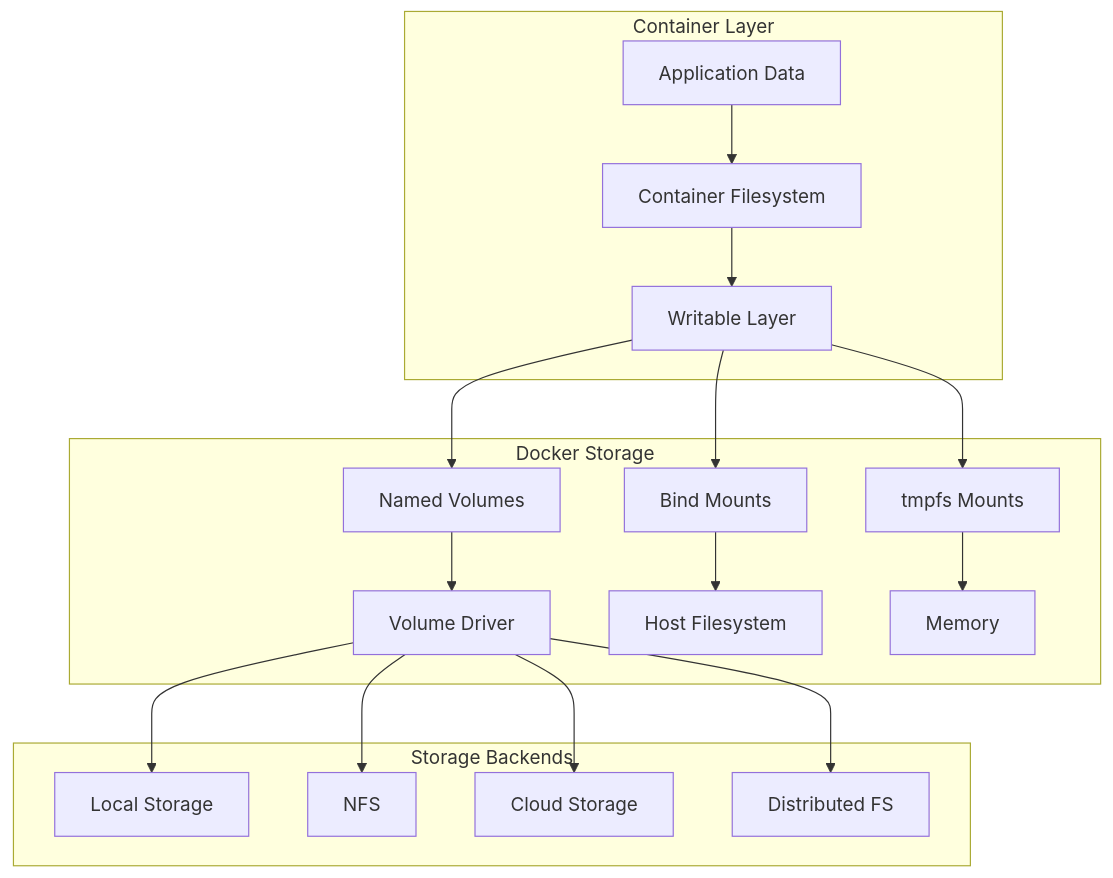
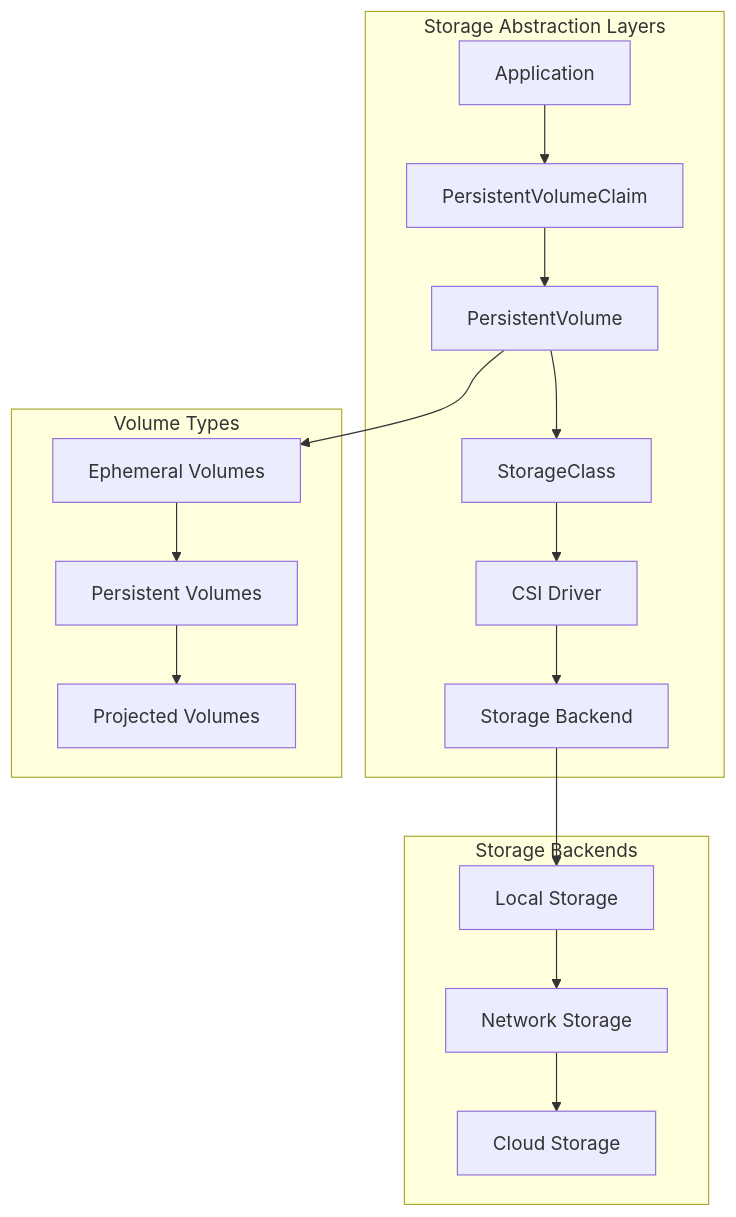
Before and after one commit to niceguy61/kdt_devops_lecture_2025: the first of 2 diagrams in week_02/day_03/session_05.md, drawn with Mermaid. The commit also changed other lines of this file and 41 other files, not shown here.

````diff
--- a/week_02/day_03/session_05.md
+++ b/week_02/day_03/session_05.md
@@ -15,24 +15,23 @@
 ```mermaid
 graph TB
-    subgraph "Container Layer"
-        A[Application Data] --> B[Container Filesystem]
-        B --> C[Writable Layer]
+    subgraph "Storage Abstraction Layers"
+        A[Application] --> B[PersistentVolumeClaim]
+        B --> C[PersistentVolume]
+        C --> D[StorageClass]
+        D --> E[CSI Driver]
+        E --> F[Storage Backend]
     end
     
-    subgraph "Docker Storage"
-        D[Named Volumes] --> E[Volume Driver]
-        F[Bind Mounts] --> G[Host Filesystem]
-        H[tmpfs Mounts] --> I[Memory]
+    subgraph "Volume Types"
+        G[Ephemeral Volumes] --> H[Persistent Volumes]
+        H --> I[Projected Volumes]
     end
     
     subgraph "Storage Backends"
-        E --> J[Local Storage]
-        E --> K[NFS]
-        E --> L[Cloud Storage]
-        E --> M[Distributed FS]
+        J[Local Storage] --> K[Network Storage]
+        K --> L[Cloud Storage]
     end
     
-    C --> D
-    C --> F
-    C --> H
+    C --> G
+    F --> J
 ```
````
